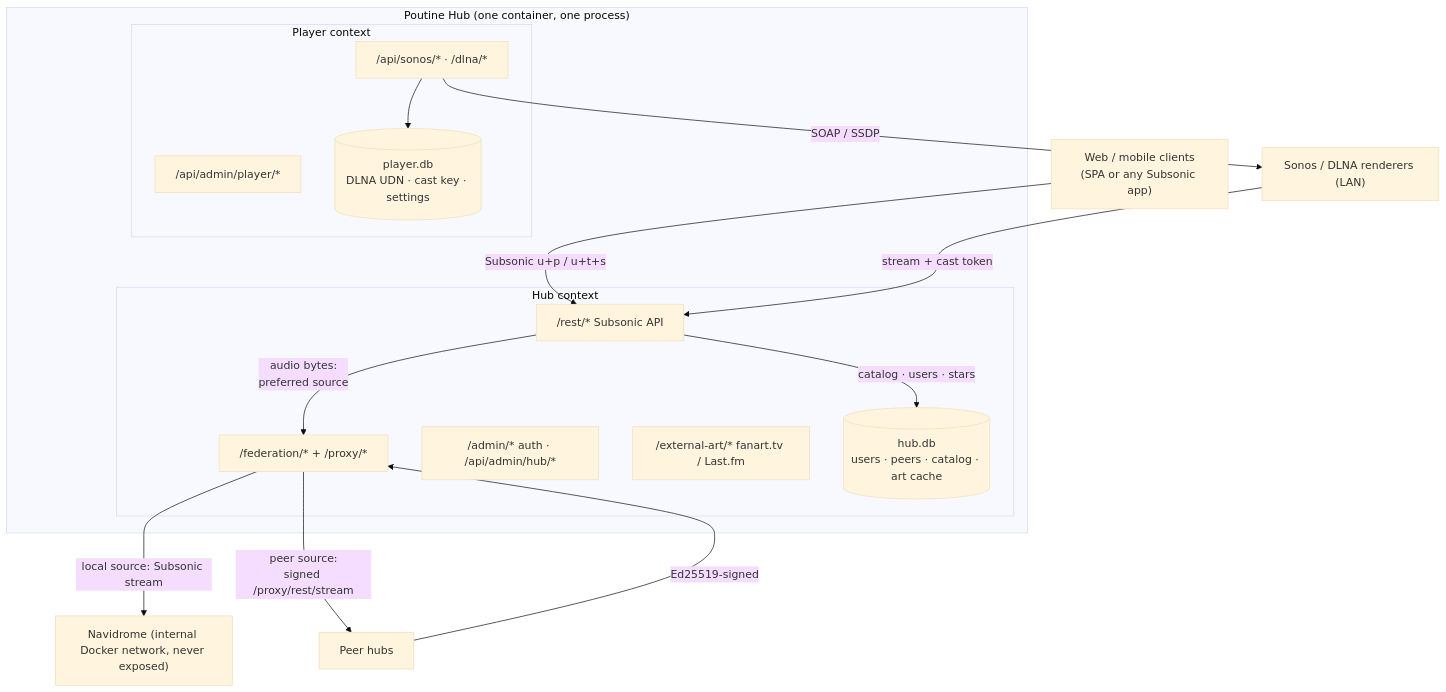
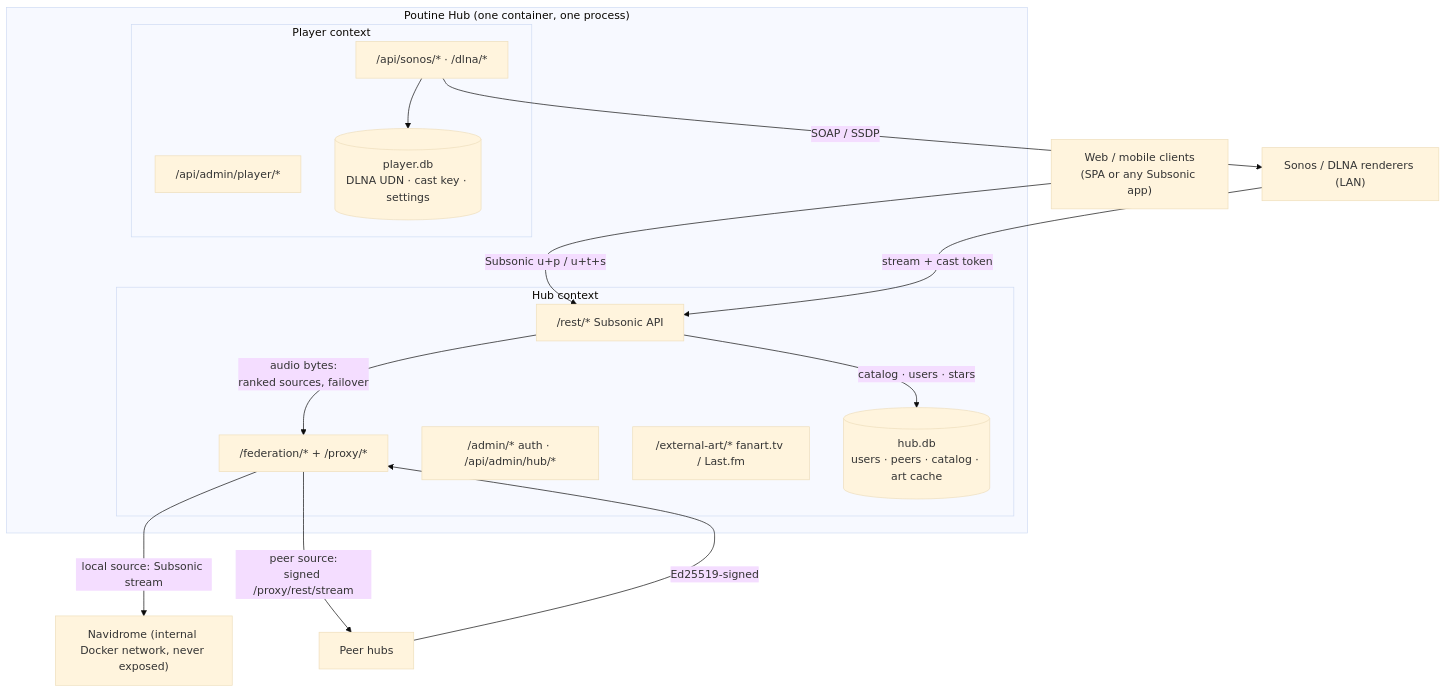
The first of 2 diagrams in docs/system-architecture.md (benders/poutine), drawn with Mermaid (base theme) before and after one commit. The commit also changed other lines of this file and 2 other files, not shown here.

Commit message:
docs: stream failover, SourceHealth, Last Seen vs Last Sync (#241, #154)

````diff
--- a/docs/system-architecture.md
+++ b/docs/system-architecture.md
@@ -9,32 +9,32 @@
 ```mermaid
 flowchart TB
     clients["Web / mobile clients<br/>(SPA or any Subsonic app)"]
     peers["Peer hubs"]
     renderers["Sonos / DLNA renderers (LAN)"]
 
     subgraph container["Poutine Hub (one container, one process)"]
         subgraph hub["Hub context"]
             rest["/rest/* Subsonic API"]
             fed["/federation/* + /proxy/*"]
             hubadmin["/admin/* auth · /api/admin/hub/*"]
             art["/external-art/* fanart.tv / Last.fm"]
             hubdb[("hub.db<br/>users · peers · catalog · art cache")]
         end
         subgraph player["Player context"]
             sonos["/api/sonos/* · /dlna/*"]
             playeradmin["/api/admin/player/*"]
             playerdb[("player.db<br/>DLNA UDN · cast key · settings")]
         end
     end
     navidrome["Navidrome (internal Docker network, never exposed)"]
 
     clients -- "Subsonic u+p / u+t+s" --> rest
     peers -- "Ed25519-signed" --> fed
     renderers -- "stream + cast token" --> rest
     sonos -- "SOAP / SSDP" --> renderers
     rest -- "catalog · users · stars" --> hubdb
     sonos --> playerdb
-    rest -- "audio bytes:<br/>preferred source" --> fed
+    rest -- "audio bytes:<br/>ranked sources, failover" --> fed
     fed -- "local source: Subsonic stream" --> navidrome
     fed -- "peer source:<br/>signed /proxy/rest/stream" --> peers
 ```
````
